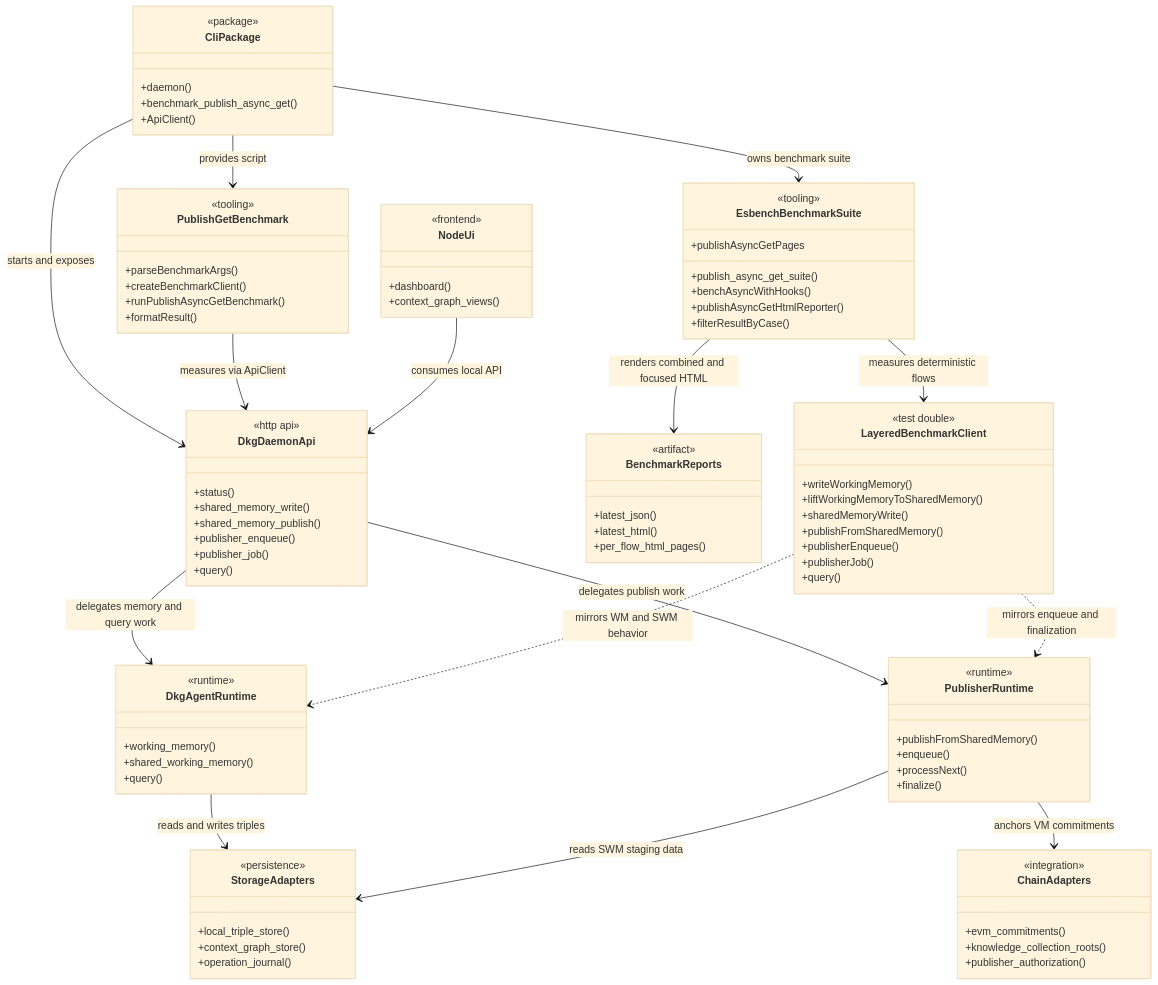
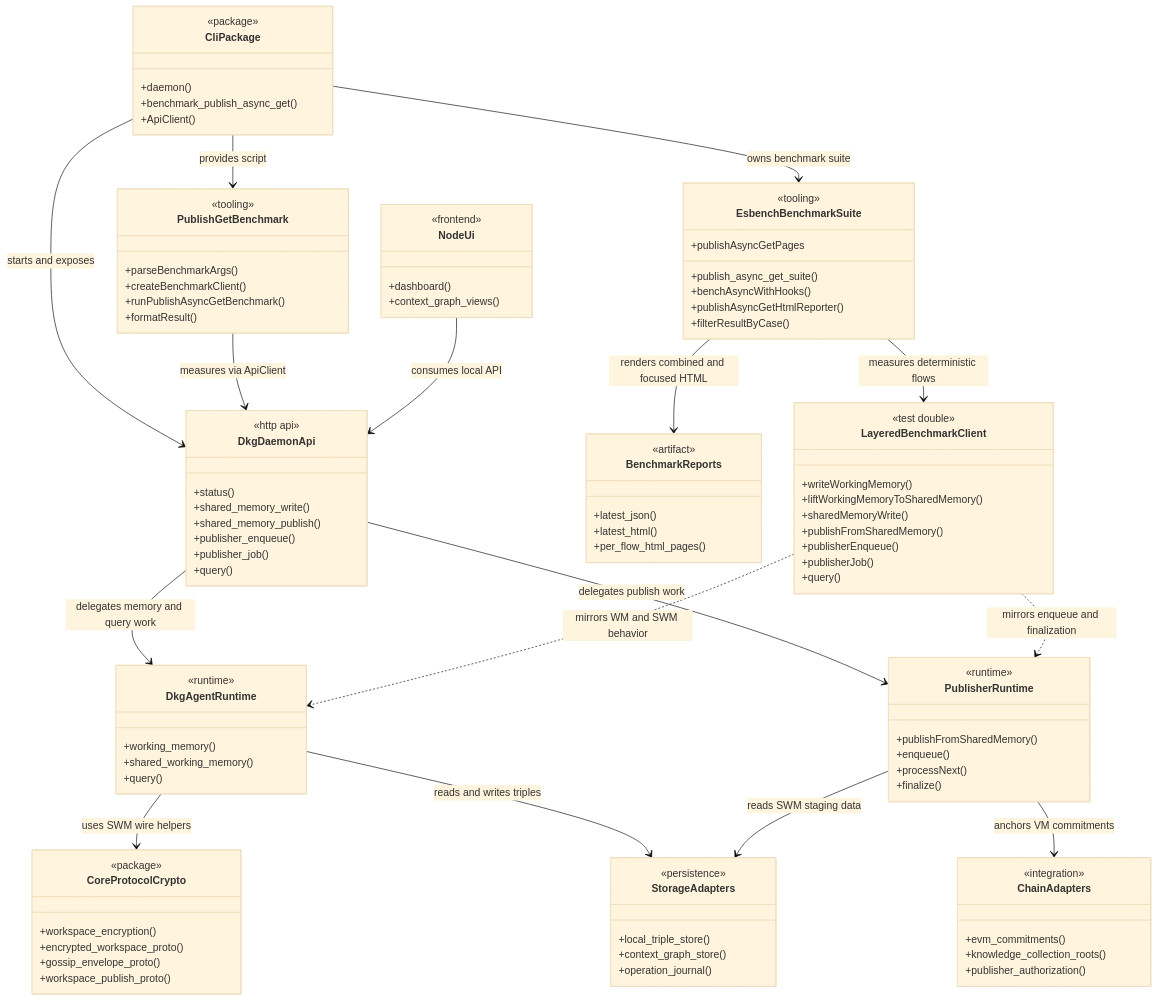
The first of 9 diagrams in ARCHITECTURE.md (KilianTrunk/dkg), drawn with Mermaid (base theme) before and after one commit. The commit also changed other lines of this file and 6 other files, not shown here.

Commit message:
add encrypted SWM envelope primitives

```diff
--- a/ARCHITECTURE.md
+++ b/ARCHITECTURE.md
@@ -87,6 +87,14 @@
     +finalize()
   }
 
+  class CoreProtocolCrypto {
+    <<package>>
+    +workspace_encryption()
+    +encrypted_workspace_proto()
+    +gossip_envelope_proto()
+    +workspace_publish_proto()
+  }
+
   class StorageAdapters {
     <<persistence>>
     +local_triple_store()
@@ -117,6 +125,7 @@
   DkgDaemonApi --> PublisherRuntime : delegates publish work
   LayeredBenchmarkClient ..> DkgAgentRuntime : mirrors WM and SWM behavior
   LayeredBenchmarkClient ..> PublisherRuntime : mirrors enqueue and finalization
+  DkgAgentRuntime --> CoreProtocolCrypto : uses SWM wire helpers
   DkgAgentRuntime --> StorageAdapters : reads and writes triples
   PublisherRuntime --> StorageAdapters : reads SWM staging data
   PublisherRuntime --> ChainAdapters : anchors VM commitments
```
